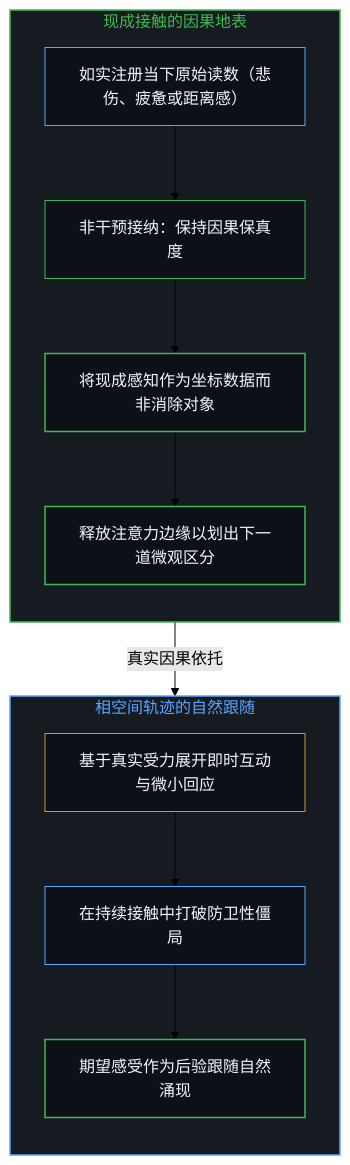
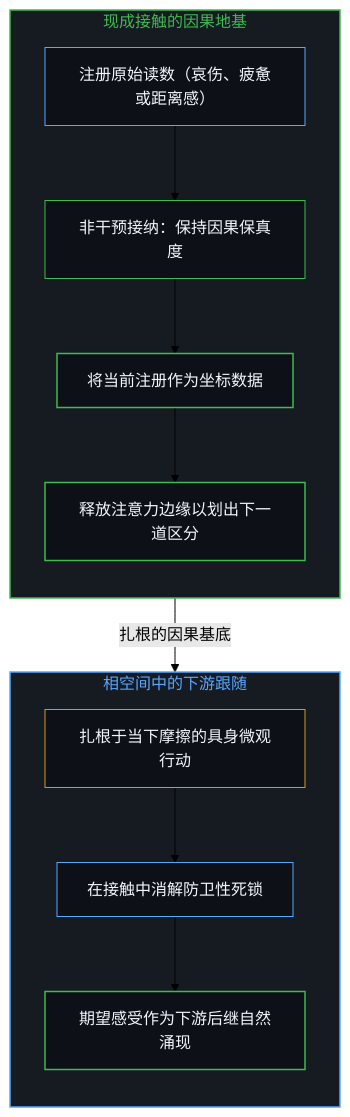
The third of 6 diagrams in content/posts/present-contact-and-the-obscuration-of-desired-feeling.md (powerpig99/not-a-toe), drawn with Mermaid (forest theme) before and after one commit. The commit also changed other lines of this file and 2 other files, not shown here.

Commit message:
Consolidate Deep Sleep Batch 11: present-contact-and-the-obscuration-of-desired-feeling, agents_leia_ontological_clarity, the_moving_ground

````diff
--- a/content/posts/present-contact-and-the-obscuration-of-desired-feeling.md
+++ b/content/posts/present-contact-and-the-obscuration-of-desired-feeling.md
@@ -79,27 +73,24 @@
 ```mermaid
 graph TD
-    subgraph S_Contact ["现成接触的因果地表"]
+    subgraph S_Contact ["现成接触的因果地基"]
         direction TB
-        C_Raw["如实注册当下原始读数（悲伤、疲惫或距离感）"] --> C_Discipline["非干预接纳：保持因果保真度"]
-        C_Discipline --> C_Data["将现成感知作为坐标数据而非消除对象"]
-        C_Data --> C_Open["释放注意力边缘以划出下一道微观区分"]
+        C_Raw["注册原始读数（哀伤、疲惫或距离感）"] --> C_Discipline["非干预接纳：保持因果保真度"]
+        C_Discipline --> C_Data["将当前注册作为坐标数据"]
+        C_Data --> C_Open["释放注意力边缘以划出下一道区分"]
     end
-
-    subgraph S_Following ["相空间轨迹的自然跟随"]
+    subgraph S_Following ["相空间中的下游跟随"]
         direction TB
-        F_Friction["基于真实受力展开即时互动与微小回应"] --> F_Resonance["在持续接触中打破防卫性僵局"]
-        F_Resonance --> F_Emergence["期望感受作为后验跟随自然涌现"]
+        F_Friction["扎根于当下摩擦的具身微观行动"] --> F_Resonance["在接触中消解防卫性死锁"]
+        F_Resonance --> F_Emergence["期望感受作为下游后继自然涌现"]
     end
-
-    C_Open -->|"真实因果依托"| F_Friction
-
+    C_Open -->|"扎根的因果基底"| F_Friction
     style S_Contact fill:#161b22,stroke:#3fb950,stroke-width:1.5px,color:#3fb950
     style S_Following fill:#161b22,stroke:#58a6ff,stroke-width:1.5px,color:#58a6ff
     style C_Raw fill:#0d1117,stroke:#58a6ff,stroke-width:1px,color:#f0f6fc
     style C_Discipline fill:#0d1117,stroke:#3fb950,stroke-width:1px,color:#f0f6fc
     style C_Data fill:#0d1117,stroke:#3fb950,stroke-width:1.5px,color:#f0f6fc
     style C_Open fill:#0d1117,stroke:#3fb950,stroke-width:1.5px,color:#f0f6fc
     style F_Friction fill:#0d1117,stroke:#d29922,stroke-width:1px,color:#f0f6fc
     style F_Resonance fill:#0d1117,stroke:#58a6ff,stroke-width:1px,color:#f0f6fc
     style F_Emergence fill:#0d1117,stroke:#3fb950,stroke-width:1.5px,color:#f0f6fc
 ```
````
